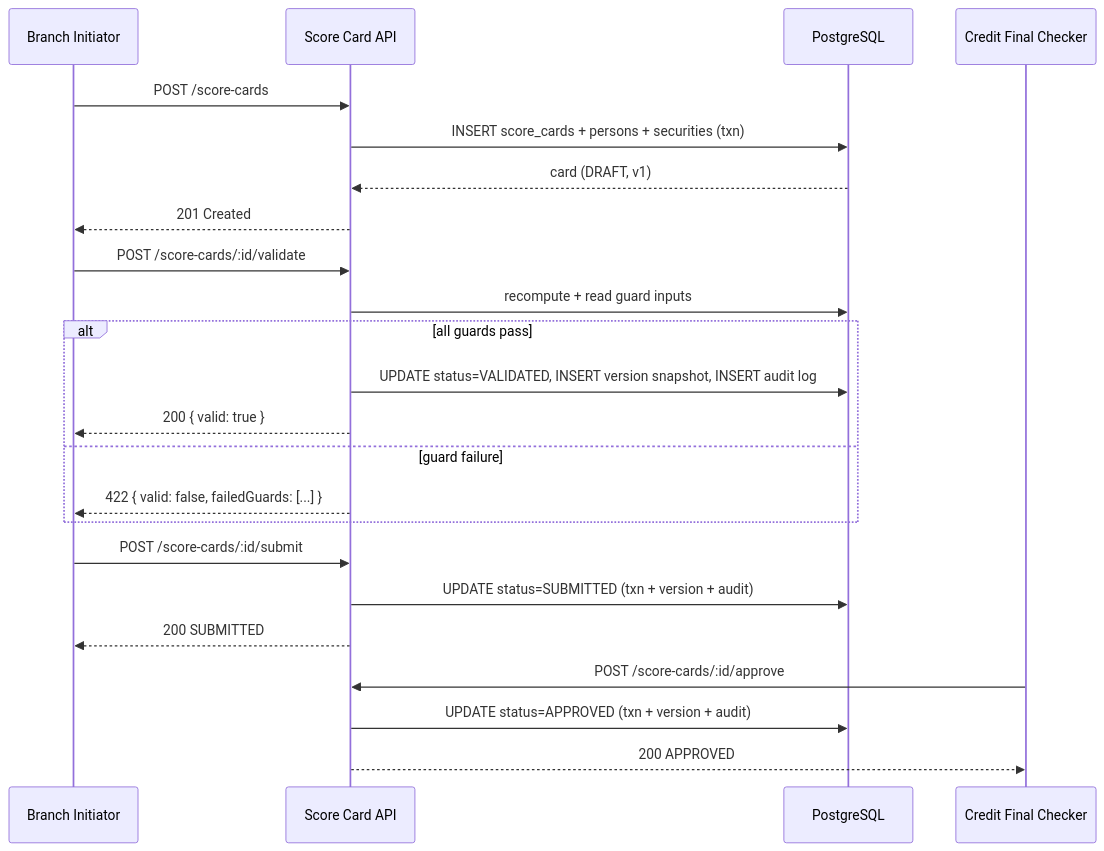
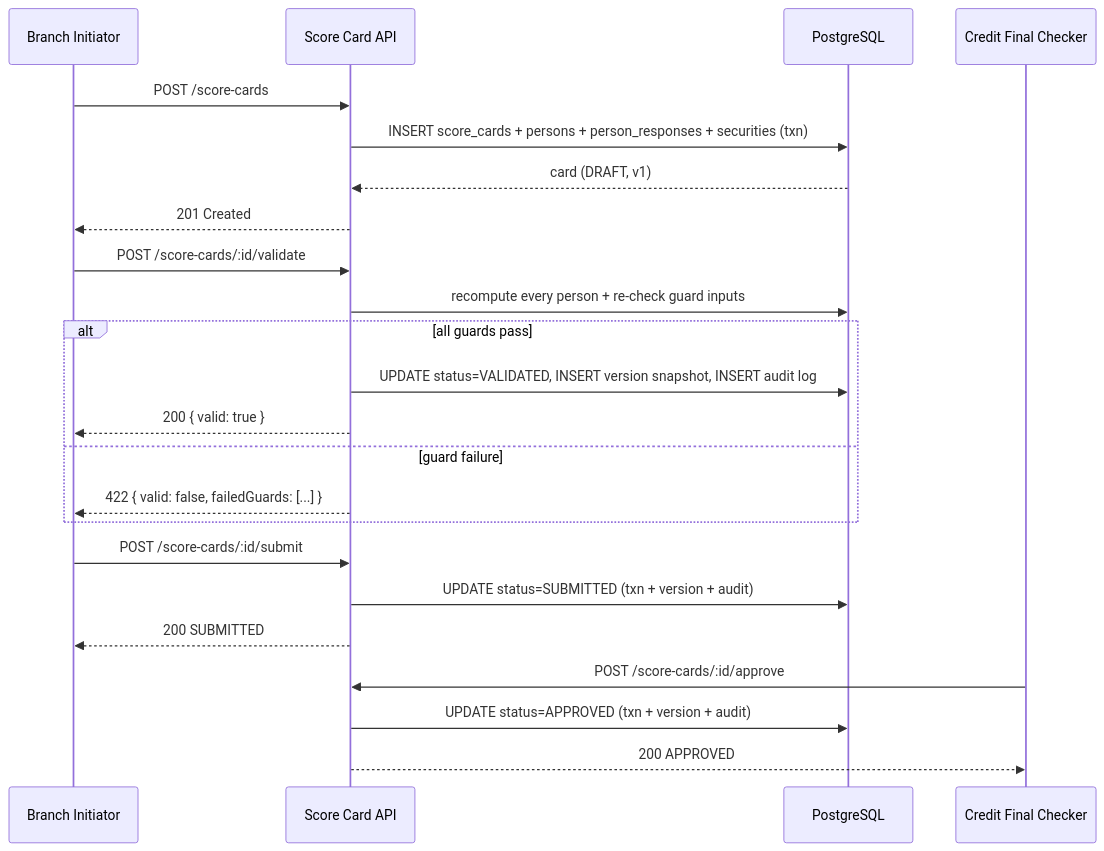
The fourth of 4 diagrams in DOCUMENTATION.md (NYXABRAXAS/scorecard), drawn with Mermaid before and after one commit. The commit also changed other lines of this file and 19 other files, not shown here.

````diff
--- a/DOCUMENTATION.md
+++ b/DOCUMENTATION.md
@@ -401,29 +449,29 @@
 ```mermaid
 sequenceDiagram
     participant BI as Branch Initiator
     participant API as Score Card API
     participant DB as PostgreSQL
     participant FC as Credit Final Checker
 
     BI->>API: POST /score-cards
-    API->>DB: INSERT score_cards + persons + securities (txn)
+    API->>DB: INSERT score_cards + persons + person_responses + securities (txn)
     DB-->>API: card (DRAFT, v1)
     API-->>BI: 201 Created
 
     BI->>API: POST /score-cards/:id/validate
-    API->>DB: recompute + read guard inputs
+    API->>DB: recompute every person + re-check guard inputs
     alt all guards pass
         API->>DB: UPDATE status=VALIDATED, INSERT version snapshot, INSERT audit log
         API-->>BI: 200 { valid: true }
     else guard failure
         API-->>BI: 422 { valid: false, failedGuards: [...] }
     end
 
     BI->>API: POST /score-cards/:id/submit
     API->>DB: UPDATE status=SUBMITTED (txn + version + audit)
     API-->>BI: 200 SUBMITTED
 
     FC->>API: POST /score-cards/:id/approve
     API->>DB: UPDATE status=APPROVED (txn + version + audit)
     API-->>FC: 200 APPROVED
 ```
````
